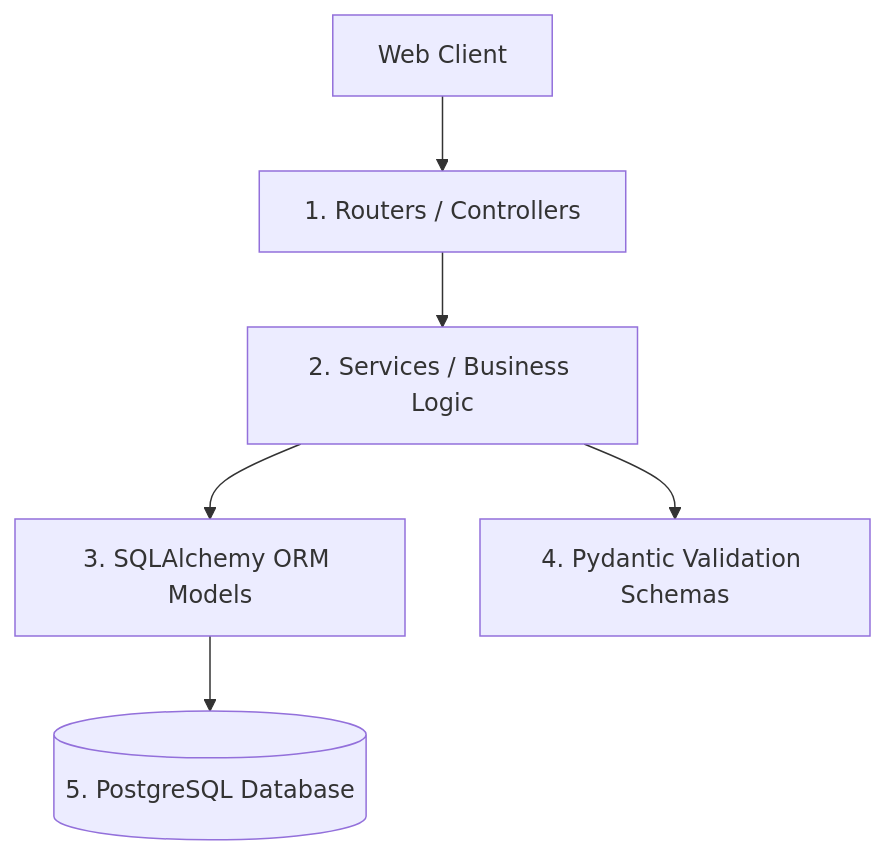
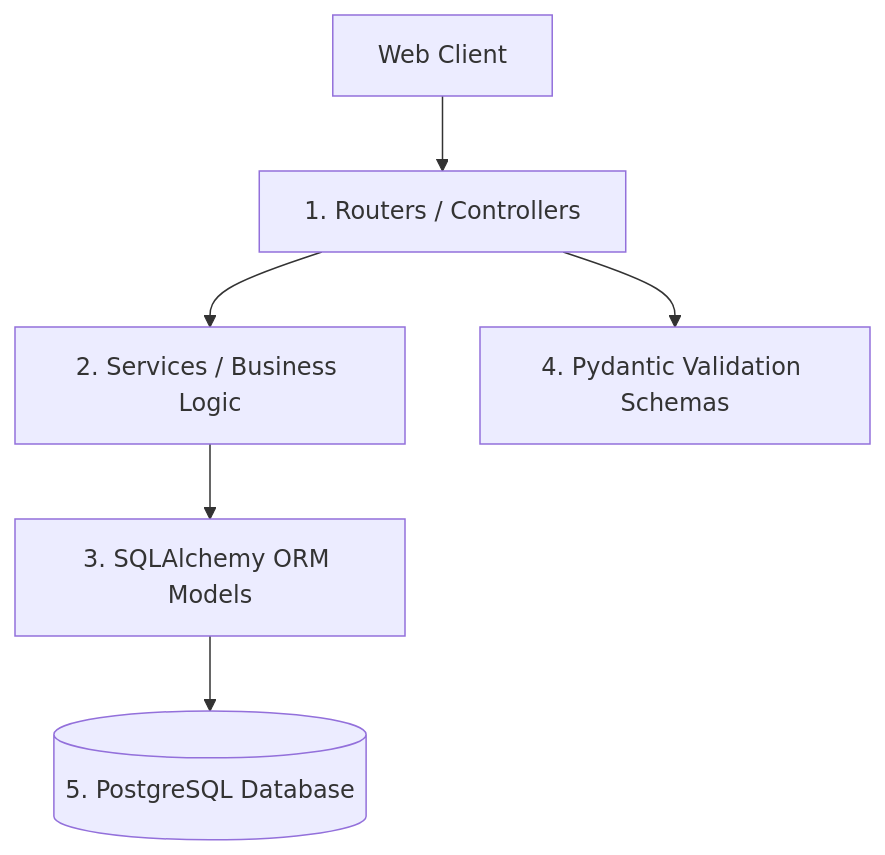
One commit to sohailkhan361/inventory-order-management-system changed the first of 2 diagrams in docs/architecture.md. Above: the diagram before and after it, drawn with Mermaid. The commit also changed other lines of this file and 14 other files, not shown here.

````diff
--- a/docs/architecture.md
+++ b/docs/architecture.md
@@ -11,8 +11,8 @@
 ```mermaid
 graph TD
     Client[Web Client] --> Routers[1. Routers / Controllers]
     Routers --> Services[2. Services / Business Logic]
     Services --> Models[3. SQLAlchemy ORM Models]
-    Services --> Schemas[4. Pydantic Validation Schemas]
+    Routers --> Schemas[4. Pydantic Validation Schemas]
     Models --> DB[(5. PostgreSQL Database)]
 ```
````
